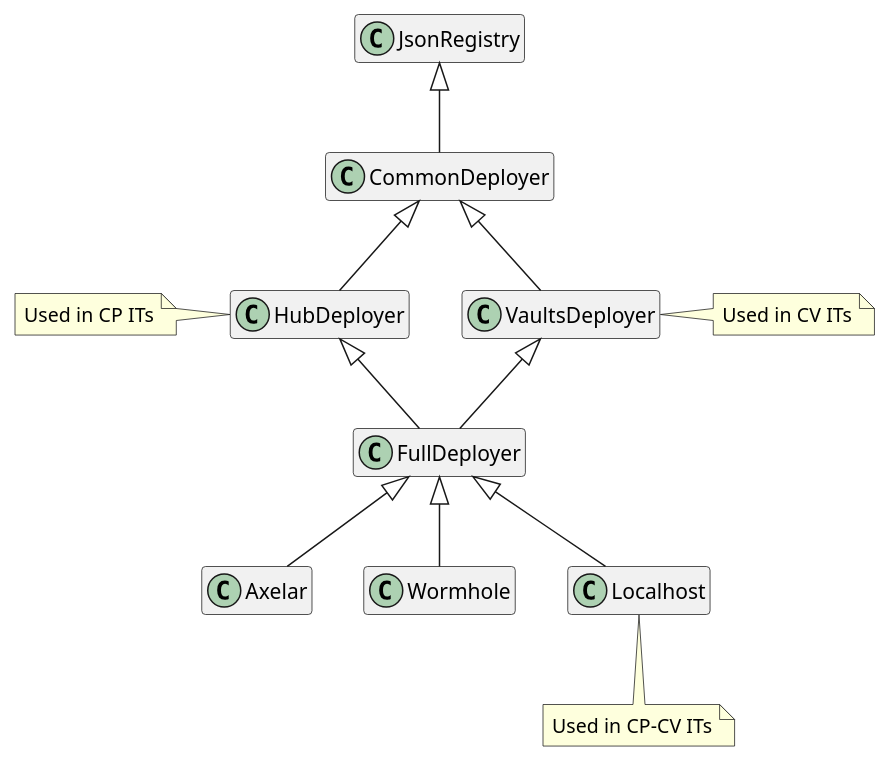
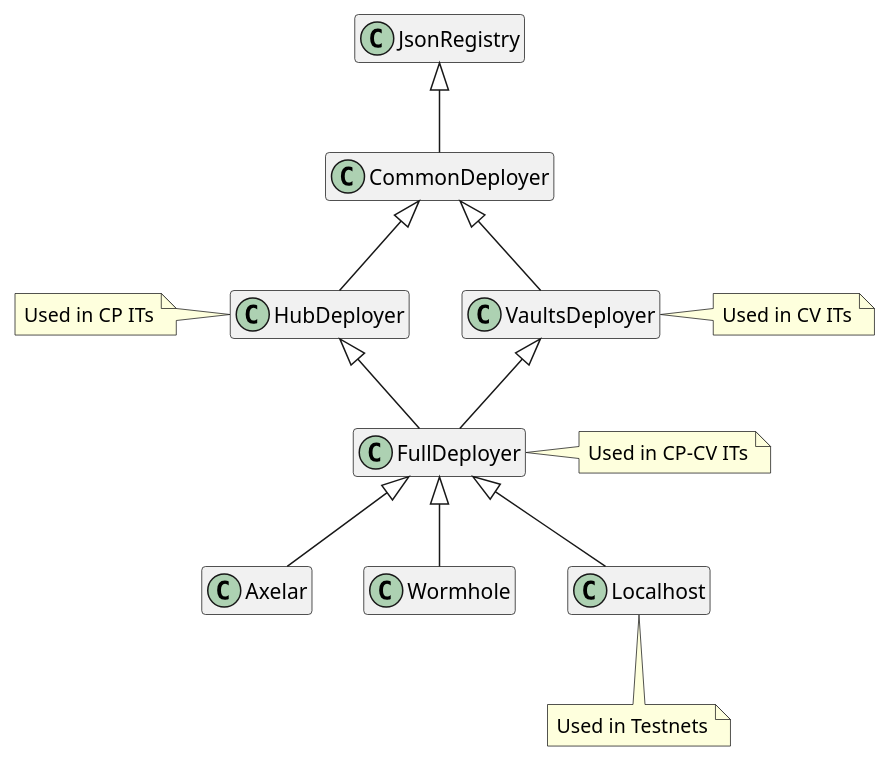
One commit to centrifuge/protocol changed the diagram in docs/architecture/deployers.puml. Above: the diagram before and after it, drawn with PlantUML.

Commit message:
fix deployer diagram

```diff
--- a/docs/architecture/deployers.puml
+++ b/docs/architecture/deployers.puml
@@ -1,28 +1,28 @@
 @startuml
 hide empty members
 
 class JsonRegistry
 class CommonDeployer
 class HubDeployer
 class VaultsDeployer
 class FullDeployer
 
 class Axelar
 class Wormhole
 class Localhost
 
 CommonDeployer -up-|> JsonRegistry
 HubDeployer -up-|> CommonDeployer
 VaultsDeployer -up-|> CommonDeployer
 FullDeployer -up-|> HubDeployer
 FullDeployer -up-|> VaultsDeployer
 
 Axelar -up-|> FullDeployer
 Wormhole -up-|> FullDeployer
 Localhost -up-|> FullDeployer
 
 note right of VaultsDeployer: Used in CV ITs
 note left of HubDeployer: Used in CP ITs
-note bottom of Localhost: Used in CP-CV ITs
-
+note right of FullDeployer: Used in CP-CV ITs
+note bottom of Localhost: Used in Testnets
 @enduml
```
